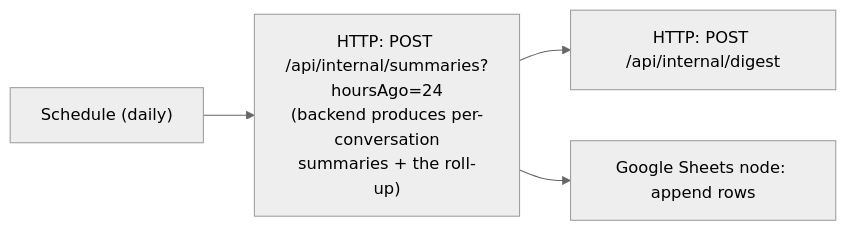
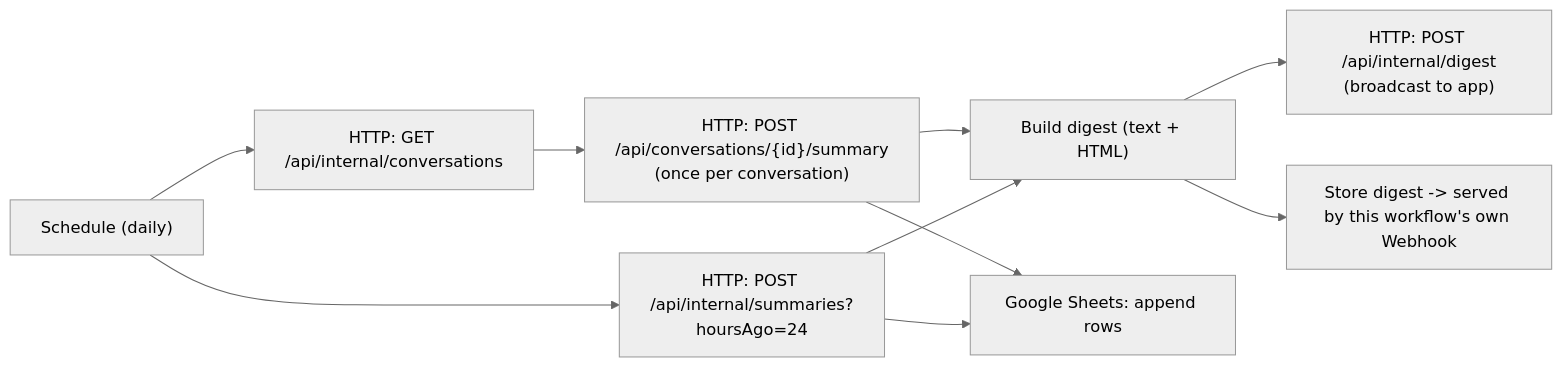
One commit to phanxuanquang/jetomax-assignment changed the diagram in docs/n8n-workflow.md. Above: the diagram before and after it, drawn with Mermaid (neutral theme). The commit also changed other lines of this file and 5 other files, not shown here.

````diff
--- a/docs/n8n-workflow.md
+++ b/docs/n8n-workflow.md
@@ -7,6 +5,12 @@
 ```mermaid
 flowchart LR
-    Cron["Schedule (daily)"] --> Roll["HTTP: POST /api/internal/summaries?hoursAgo=24<br/>(backend produces per-conversation<br/>summaries + the roll-up)"]
-    Roll --> Web["HTTP: POST /api/internal/digest"]
-    Roll --> Sheet["Google Sheets node: append rows"]
+    Cron["Schedule (daily)"] --> All["HTTP: GET /api/internal/conversations"]
+    All --> Thread["HTTP: POST /api/conversations/{id}/summary<br/>(once per conversation)"]
+    Cron --> Roll["HTTP: POST /api/internal/summaries?hoursAgo=24"]
+    Thread --> Build["Build digest (text + HTML)"]
+    Roll --> Build
+    Build --> Publish["HTTP: POST /api/internal/digest<br/>(broadcast to app)"]
+    Build --> Page["Store digest -> served by this workflow's own Webhook"]
+    Thread --> Sheet["Google Sheets: append rows"]
+    Roll --> Sheet
 ```
````
